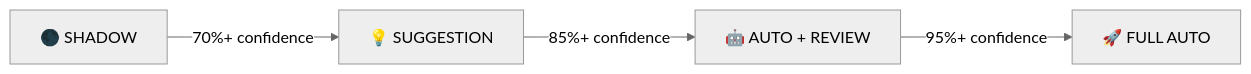
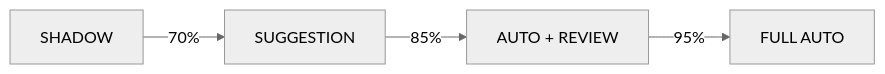
Before and after one commit to cstpalash/aurix: the third of 3 diagrams in README.md, drawn with Mermaid (neutral theme). The commit also changed other lines of this file and 9 other files, not shown here.

````diff
--- a/README.md
+++ b/README.md
@@ -238,6 +76,6 @@
 ```mermaid
 flowchart LR
-    A[🌑 SHADOW] -->|70%+ confidence| B[💡 SUGGESTION]
-    B -->|85%+ confidence| C[🤖 AUTO + REVIEW]
-    C -->|95%+ confidence| D[🚀 FULL AUTO]
+    A[SHADOW] -->|70%| B[SUGGESTION]
+    B -->|85%| C[AUTO + REVIEW]
+    C -->|95%| D[FULL AUTO]
 ```
````
